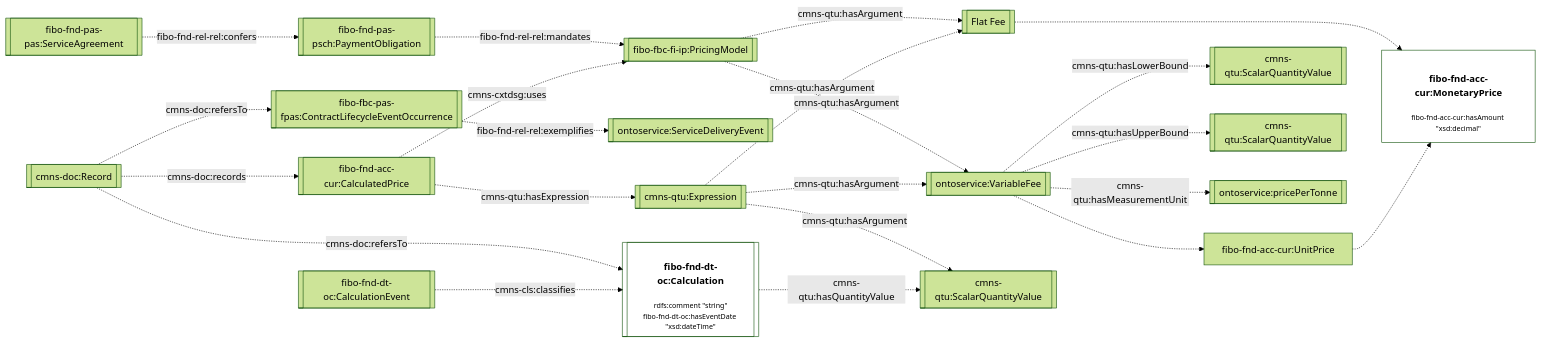
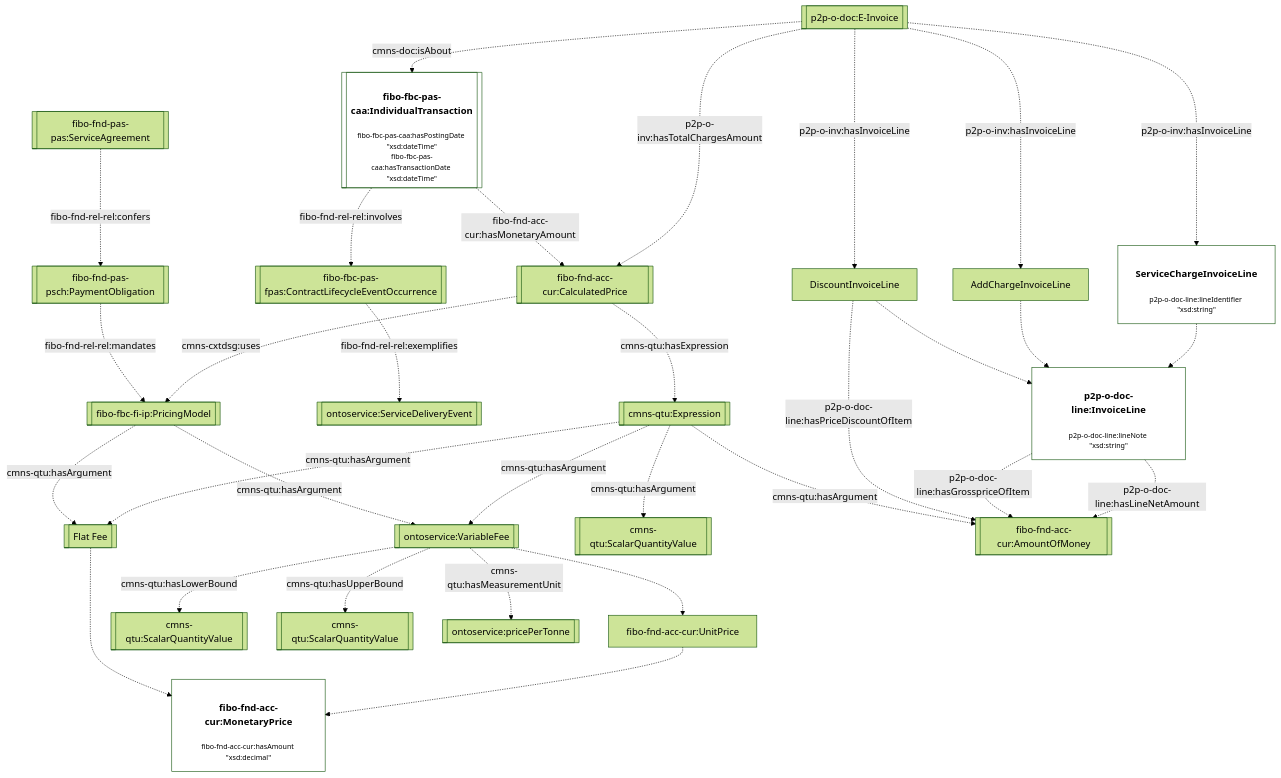
One commit to TheWorldAvatar/ontology changed diagram 16 of 18 in ontology/ontoservice/README.md. Above: the diagram before and after it, drawn with Mermaid (forest theme). The commit also changed other lines of this file, not shown here.

Commit message:
qhouyee/23/ontoservice-accounts-extension: extend to represent invoice and various line items

````diff
--- a/ontology/ontoservice/README.md
+++ b/ontology/ontoservice/README.md
@@ -556,36 +559,47 @@
 ```mermaid
-flowchart LR
+flowchart TD
     %% Styling
     classDef literal fill:none
     classDef node overflow-wrap:break-word,text-wrap:pretty
     linkStyle default overflow-wrap:break-word,text-wrap:pretty;
 
     %% Contents
     Agreement[[fibo-fnd-pas-pas:ServiceAgreement]] -. fibo-fnd-rel-rel:confers .-> PaymentObligation[[fibo-fnd-pas-psch:PaymentObligation]]
     PaymentObligation -. fibo-fnd-rel-rel:mandates .-> PricingModel[[fibo-fbc-fi-ip:PricingModel]]
 
     DeliveryOccurrence[[fibo-fbc-pas-fpas:ContractLifecycleEventOccurrence]] -. fibo-fnd-rel-rel:exemplifies .-> ServiceDeliveryEvent[[ontoservice:ServiceDeliveryEvent]]
-    Record[[cmns-doc:Record]] -. cmns-doc:refersTo .-> DeliveryOccurrence
-    Record[[cmns-doc:Record]] -. cmns-doc:refersTo .-> Calculation
-    Record -. cmns-doc:records .-> ServiceFee[[fibo-fnd-acc-cur:CalculatedPrice]]
+    IndividualTransaction[["<h4>fibo-fbc-pas-caa:IndividualTransaction</h4><p style='font-size:0.75rem;'>fibo-fbc-pas-caa:hasPostingDate &quot;xsd:dateTime&quot;<br>fibo-fbc-pas-caa:hasTransactionDate &quot;xsd:dateTime&quot;</p>"]]:::literal -. fibo-fnd-rel-rel:involves .-> DeliveryOccurrence
+    IndividualTransaction -. fibo-fnd-acc-cur:hasMonetaryAmount .-> CalculatedPrice
 
-    ServiceFee -. cmns-cxtdsg:uses .-> PricingModel[[fibo-fbc-fi-ip:PricingModel]]
-    ServiceFee -. cmns-qtu:hasExpression .-> CalculationExpression[[cmns-qtu:Expression]]
+    CalculatedPrice[[fibo-fnd-acc-cur:CalculatedPrice]] -. cmns-qtu:hasExpression .-> CalculationExpression[[cmns-qtu:Expression]]
+    CalculatedPrice -. cmns-cxtdsg:uses .-> PricingModel[[fibo-fbc-fi-ip:PricingModel]]
 
     PricingModel -. cmns-qtu:hasArgument .-> FlatFee[[Flat Fee]]
     FlatFee -.-> MonetaryPrice["<h4>fibo-fnd-acc-cur:MonetaryPrice</h4><p style='font-size:0.75rem;'>fibo-fnd-acc-cur:hasAmount &quot;xsd:decimal&quot;</p>"]:::literal
 
     PricingModel -. cmns-qtu:hasArgument .-> VariableFee[[ontoservice:VariableFee]]
     VariableFee -.-> UnitPrice[fibo-fnd-acc-cur:UnitPrice]
     UnitPrice -.-> MonetaryPrice
     VariableFee -. cmns-qtu:hasLowerBound .-> MinQuantityValue[[cmns-qtu:ScalarQuantityValue]]
     VariableFee -. cmns-qtu:hasUpperBound .-> MaxQuantityValue[[cmns-qtu:ScalarQuantityValue]]
     VariableFee -. cmns-qtu:hasMeasurementUnit .-> pricepertonne[[ontoservice:pricePerTonne]]
 
     CalculationExpression -. cmns-qtu:hasArgument .-> FlatFee
     CalculationExpression -. cmns-qtu:hasArgument .-> Output[[cmns-qtu:ScalarQuantityValue]]
     CalculationExpression -. cmns-qtu:hasArgument .-> VariableFee
+    CalculationExpression -. cmns-qtu:hasArgument .-> MoneyAmount[[fibo-fnd-acc-cur:AmountOfMoney]]
 
-    Calculation[["<h4>fibo-fnd-dt-oc:Calculation</h4><p style='font-size:0.75rem;'>rdfs:comment &quot;string&quot;<br>fibo-fnd-dt-oc:hasEventDate &quot;xsd:dateTime&quot;</p>"]]:::literal -. cmns-qtu:hasQuantityValue .-> Output
-    CalculationEvent[[fibo-fnd-dt-oc:CalculationEvent]] -. cmns-cls:classifies .-> Calculation
+    Invoice[[p2p-o-doc:E-Invoice]]  -. cmns-doc:isAbout .-> IndividualTransaction
+    Invoice  -. p2p-o-inv:hasTotalChargesAmount .-> CalculatedPrice
+    Invoice  -. p2p-o-inv:hasInvoiceLine .-> AddChargeInvoiceLine
+    Invoice  -. p2p-o-inv:hasInvoiceLine .-> DiscountInvoiceLine
+    Invoice  -. p2p-o-inv:hasInvoiceLine .-> ServiceChargeInvoiceLine["<h4>ServiceChargeInvoiceLine</h4><p style='font-size:0.75rem;'>p2p-o-doc-line:lineIdentifier &quot;xsd:string&quot;</p>"]:::literal
+
+    DiscountInvoiceLine -.-> InvoiceLine["<h4>p2p-o-doc-line:InvoiceLine</h4><p style='font-size:0.75rem;'>p2p-o-doc-line:lineNote &quot;xsd:string&quot;</p>"]:::literal
+    AddChargeInvoiceLine -.-> InvoiceLine
+    DiscountInvoiceLine  -. p2p-o-doc-line:hasPriceDiscountOfItem .-> MoneyAmount
+    ServiceChargeInvoiceLine -.-> InvoiceLine
+
+    InvoiceLine  -. p2p-o-doc-line:hasGrosspriceOfItem .-> MoneyAmount
+    InvoiceLine  -. p2p-o-doc-line:hasLineNetAmount .-> MoneyAmount
 ```
````
